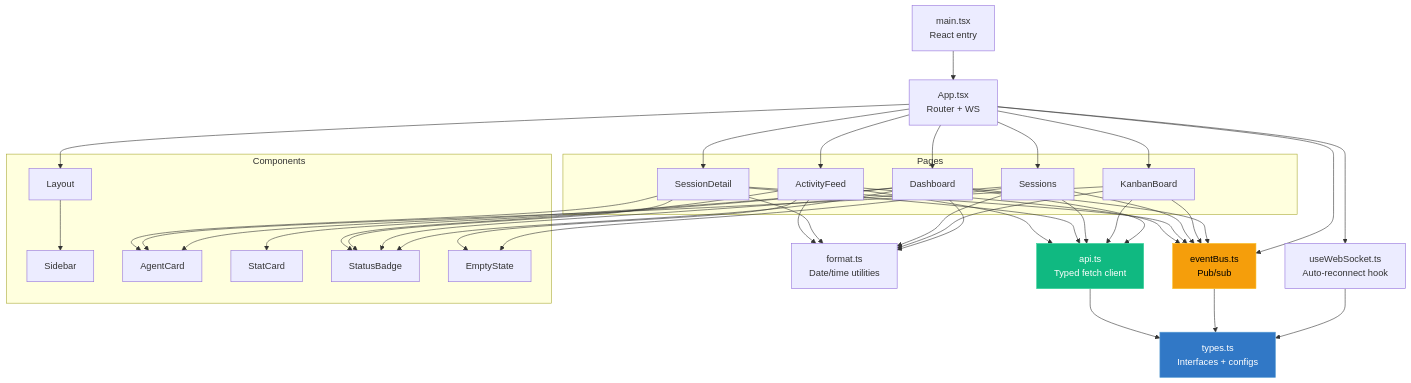
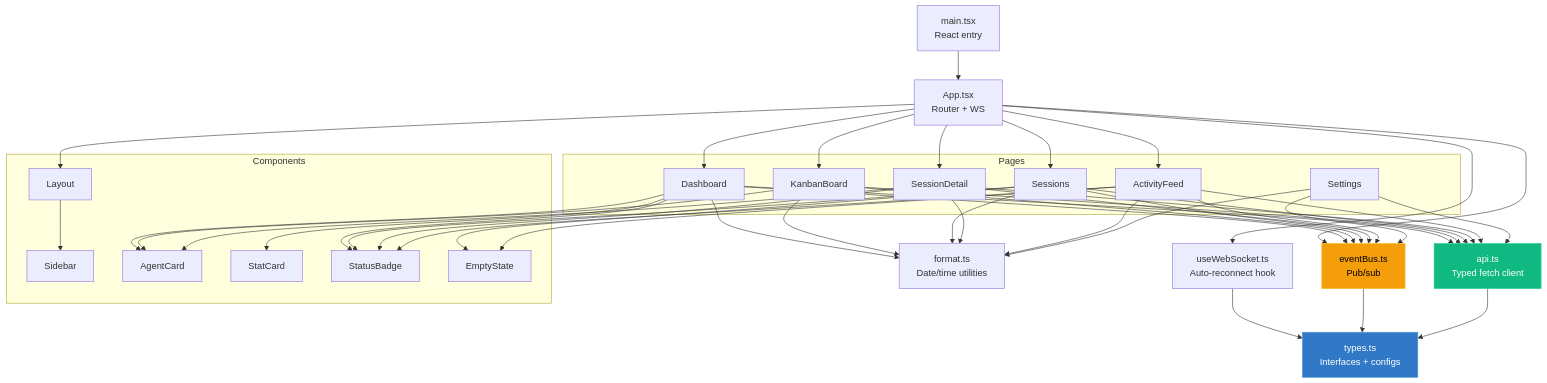
Before and after one commit to mirkanu/gsd-dashboard: the eighth of 19 diagrams in ARCHITECTURE.md, drawn with Mermaid. The commit also changed other lines of this file and 4 other files, not shown here.

First line of the commit message:
Update project docs to reflect cost tracking, pricing API, and settings page

````diff
--- a/ARCHITECTURE.md
+++ b/ARCHITECTURE.md
@@ -307,51 +319,55 @@
 ```mermaid
 graph TD
     MAIN["main.tsx<br/>React entry"]
     APP["App.tsx<br/>Router + WS"]
     EB["eventBus.ts<br/>Pub/sub"]
     WS["useWebSocket.ts<br/>Auto-reconnect hook"]
     API["api.ts<br/>Typed fetch client"]
     TYPES["types.ts<br/>Interfaces + configs"]
     FMT["format.ts<br/>Date/time utilities"]
 
     MAIN --> APP
     APP --> WS
     APP --> EB
     WS --> TYPES
     EB --> TYPES
 
     subgraph Pages
         D[Dashboard]
         K[KanbanBoard]
         S[Sessions]
         SD[SessionDetail]
         AF[ActivityFeed]
+        SET[Settings]
     end
 
     APP --> D & K & S & SD & AF
     D & K & S & SD & AF --> API
     D & K & S & SD & AF --> EB
     D & K & S & SD & AF --> FMT
+    SET --> API
+    SET --> EB
+    SET --> FMT
     API --> TYPES
 
     subgraph Components
         L[Layout]
         SB[Sidebar]
         AGC[AgentCard]
         STC[StatCard]
         STB[StatusBadge]
         ES[EmptyState]
     end
 
     D --> STC & AGC & STB
     K --> AGC
     S --> STB & ES
     SD --> AGC & STB
     AF --> STB & ES
     APP --> L
     L --> SB
 
     style TYPES fill:#3178C6,stroke:#5a9fd4,color:#fff
     style EB fill:#f59e0b,stroke:#fbbf24,color:#000
     style API fill:#10b981,stroke:#34d399,color:#fff
 ```
````
